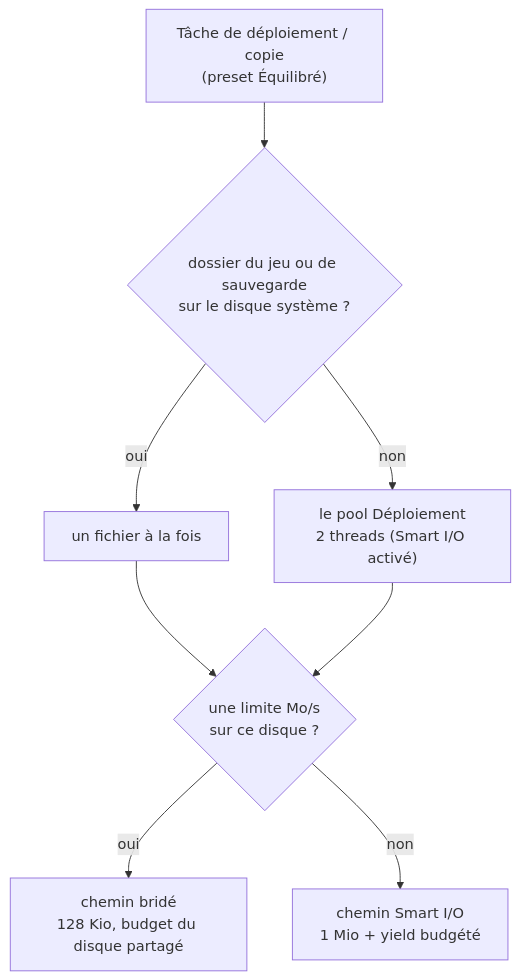
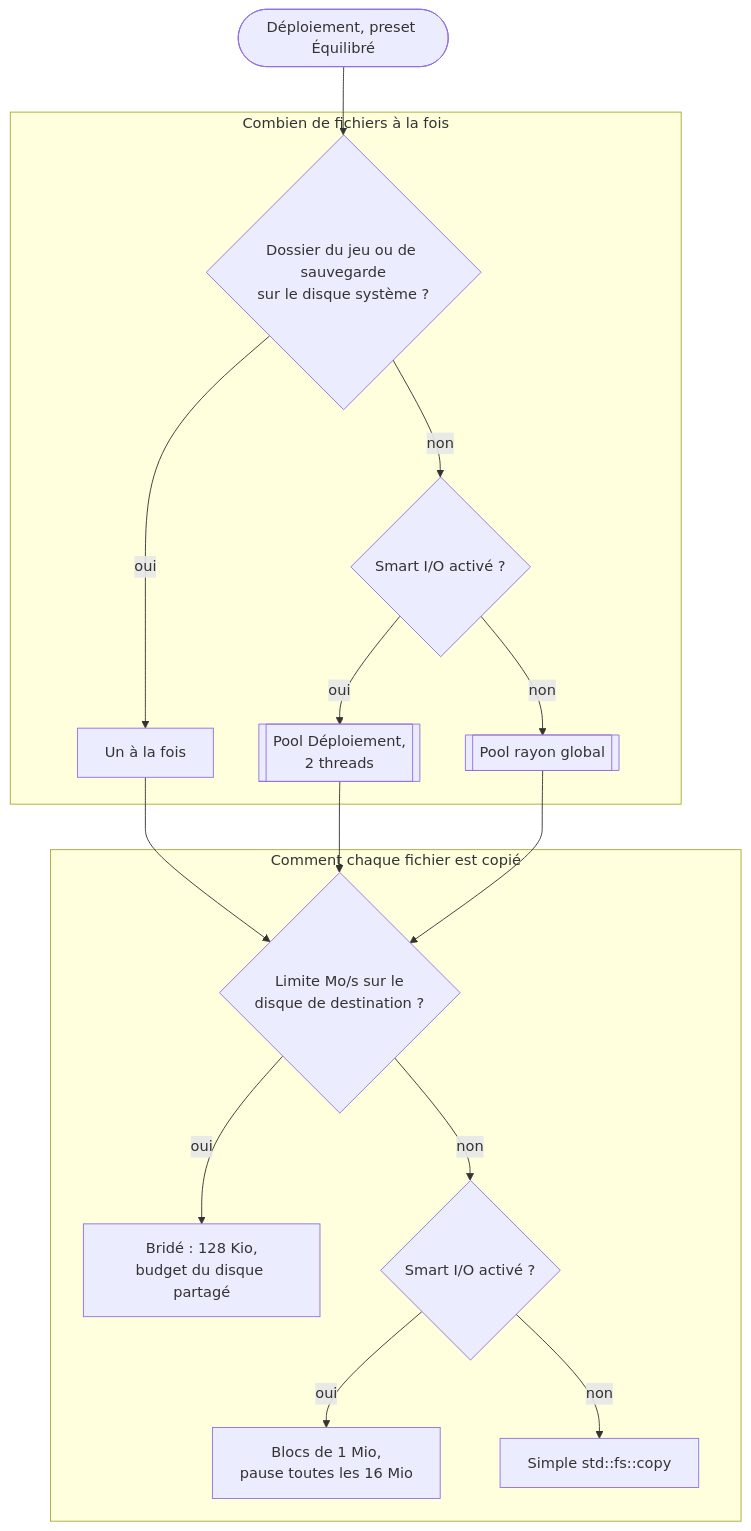
The first of 2 diagrams in frontend/assets/docs/fr/how-it-works/performance.md (FreeProject089/BetterModsManager), drawn with Mermaid before and after one commit. The commit also changed other lines of this file and 176 other files, not shown here.

````diff
--- a/frontend/assets/docs/fr/how-it-works/performance.md
+++ b/frontend/assets/docs/fr/how-it-works/performance.md
@@ -43,10 +43,21 @@
 ```mermaid
-flowchart TB
-    JOB["Tâche de déploiement / copie<br/>(preset Équilibré)"] --> SYS{"dossier du jeu ou de sauvegarde<br/>sur le disque système ?"}
-    SYS -- oui --> ONE["un fichier à la fois"]
-    SYS -- non --> TWO["le pool Déploiement<br/>2 threads (Smart I/O activé)"]
-    ONE --> LIM{"une limite Mo/s<br/>sur ce disque ?"}
-    TWO --> LIM
-    LIM -- oui --> THR["chemin bridé<br/>128 Kio, budget du disque partagé"]
-    LIM -- non --> SM["chemin Smart I/O<br/>1 Mio + yield budgété"]
+flowchart TD
+    subgraph FAN["Combien de fichiers à la fois"]
+        SYS{"Dossier du jeu ou de sauvegarde<br/>sur le disque système ?"}
+        SYS -- "oui" --> ONE["Un à la fois"]
+        SYS -- "non" --> SIO{"Smart I/O activé ?"}
+        SIO -- "oui" --> POOL[["Pool Déploiement,<br/>2 threads"]]
+        SIO -- "non" --> GLOB[["Pool rayon global"]]
+    end
+    subgraph EACHF["Comment chaque fichier est copié"]
+        LIM{"Limite Mo/s sur le<br/>disque de destination ?"}
+        LIM -- "oui" --> THR["Bridé : 128 Kio,<br/>budget du disque partagé"]
+        LIM -- "non" --> SIO2{"Smart I/O activé ?"}
+        SIO2 -- "oui" --> SM["Blocs de 1 Mio,<br/>pause toutes les 16 Mio"]
+        SIO2 -- "non" --> FULL["Simple std::fs::copy"]
+    end
+    JOB(["Déploiement, preset Équilibré"]) --> SYS
+    ONE --> LIM
+    POOL --> LIM
+    GLOB --> LIM
 ```
````
